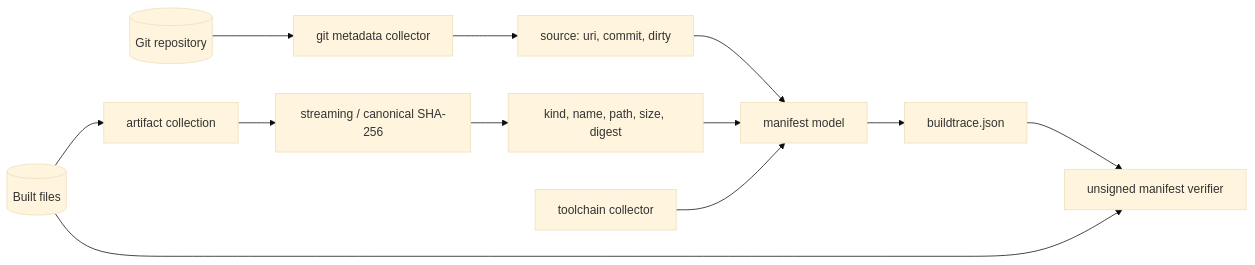
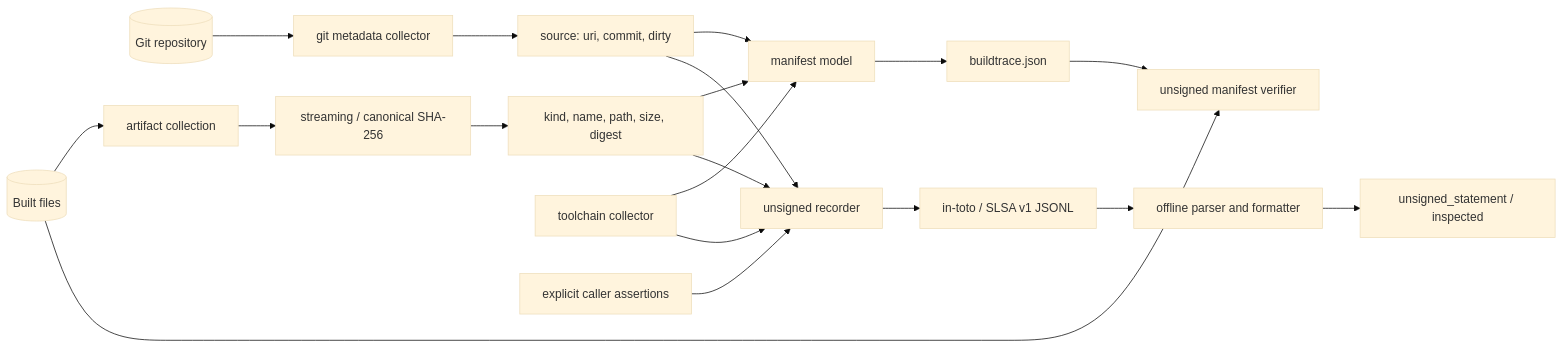
The second of 2 diagrams in docs/ARCHITECTURE.md (Shellghostt/BuildTrace), drawn with Mermaid (base theme) before and after one commit. The commit also changed other lines of this file and 11 other files, not shown here.

````diff
--- a/docs/ARCHITECTURE.md
+++ b/docs/ARCHITECTURE.md
@@ -37,14 +41,21 @@
 ```mermaid
 flowchart LR
     REPO[(Git repository)] --> GC[git metadata collector]
     GC --> SRC[source: uri, commit, dirty]
     FS[(Built files)] --> AC[artifact collection]
     AC --> HASH[streaming / canonical SHA-256]
     HASH --> ART[kind, name, path, size, digest]
     SRC --> MAN[manifest model]
     ART --> MAN
     TC[toolchain collector] --> MAN
     MAN --> JSON[buildtrace.json]
     JSON --> VERIFY[unsigned manifest verifier]
     FS --> VERIFY
+    SRC --> REC[unsigned recorder]
+    ART --> REC
+    TC --> REC
+    CLAIMS[explicit caller assertions] --> REC
+    REC --> STMT[in-toto / SLSA v1 JSONL]
+    STMT --> INSPECT[offline parser and formatter]
+    INSPECT --> REPORT[unsigned_statement / inspected]
 ```
````
